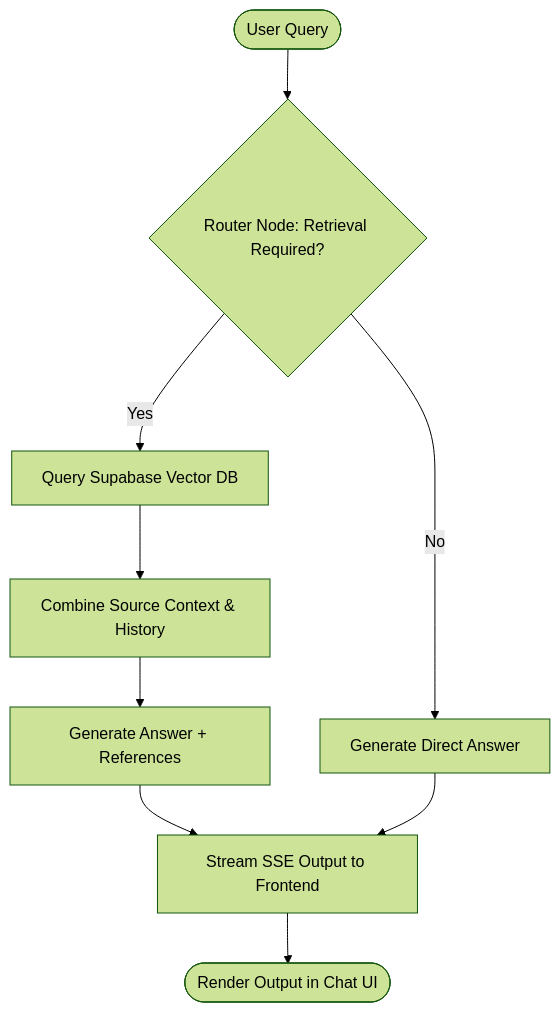
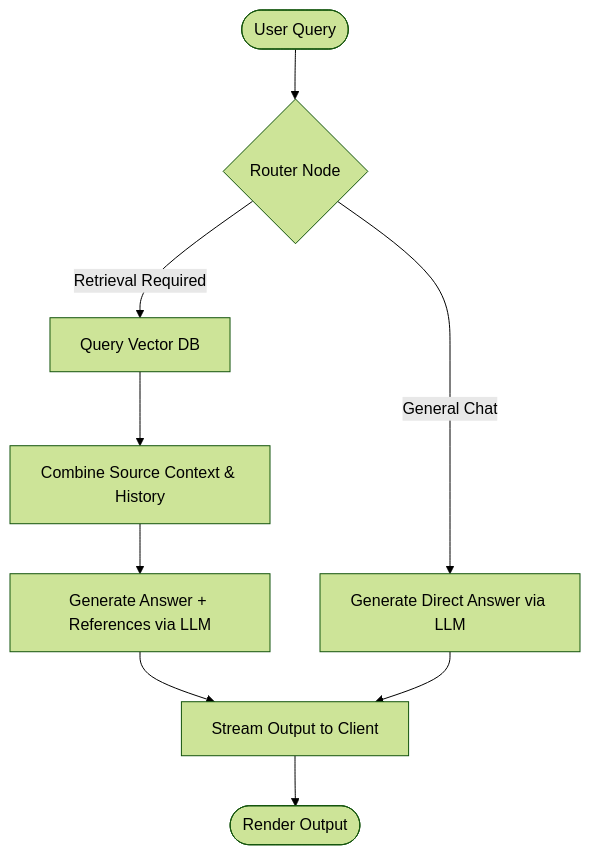
One commit to Sagarporwa1/ai-pdf changed the second of 2 diagrams in README.md. Above: the diagram before and after it, drawn with Mermaid (forest theme). The commit also changed other lines of this file and 18 other files, not shown here.

````diff
--- a/README.md
+++ b/README.md
@@ -58,11 +62,11 @@
 ```mermaid
 graph TD
-    Query([User Query]) --> Route{Router Node: Retrieval Required?}
-    Route -->|Yes| Fetch[Query Supabase Vector DB]
+    Query([User Query]) --> Route{Router Node}
+    Route -->|Retrieval Required| Fetch[Query Vector DB]
     Fetch --> Context[Combine Source Context & History]
-    Context --> Generate[Generate Answer + References]
-    Route -->|No| Direct[Generate Direct Answer]
-    Generate --> Stream[Stream SSE Output to Frontend]
+    Context --> Generate[Generate Answer + References via LLM]
+    Route -->|General Chat| Direct[Generate Direct Answer via LLM]
+    Generate --> Stream[Stream Output to Client]
     Direct --> Stream
-    Stream --> Done([Render Output in Chat UI])
+    Stream --> Done([Render Output])
 ```
````
